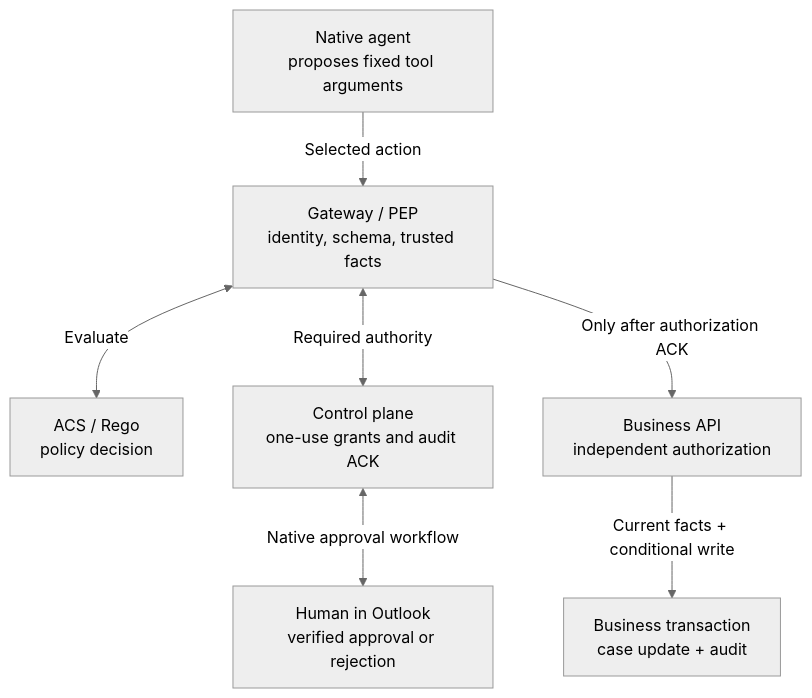
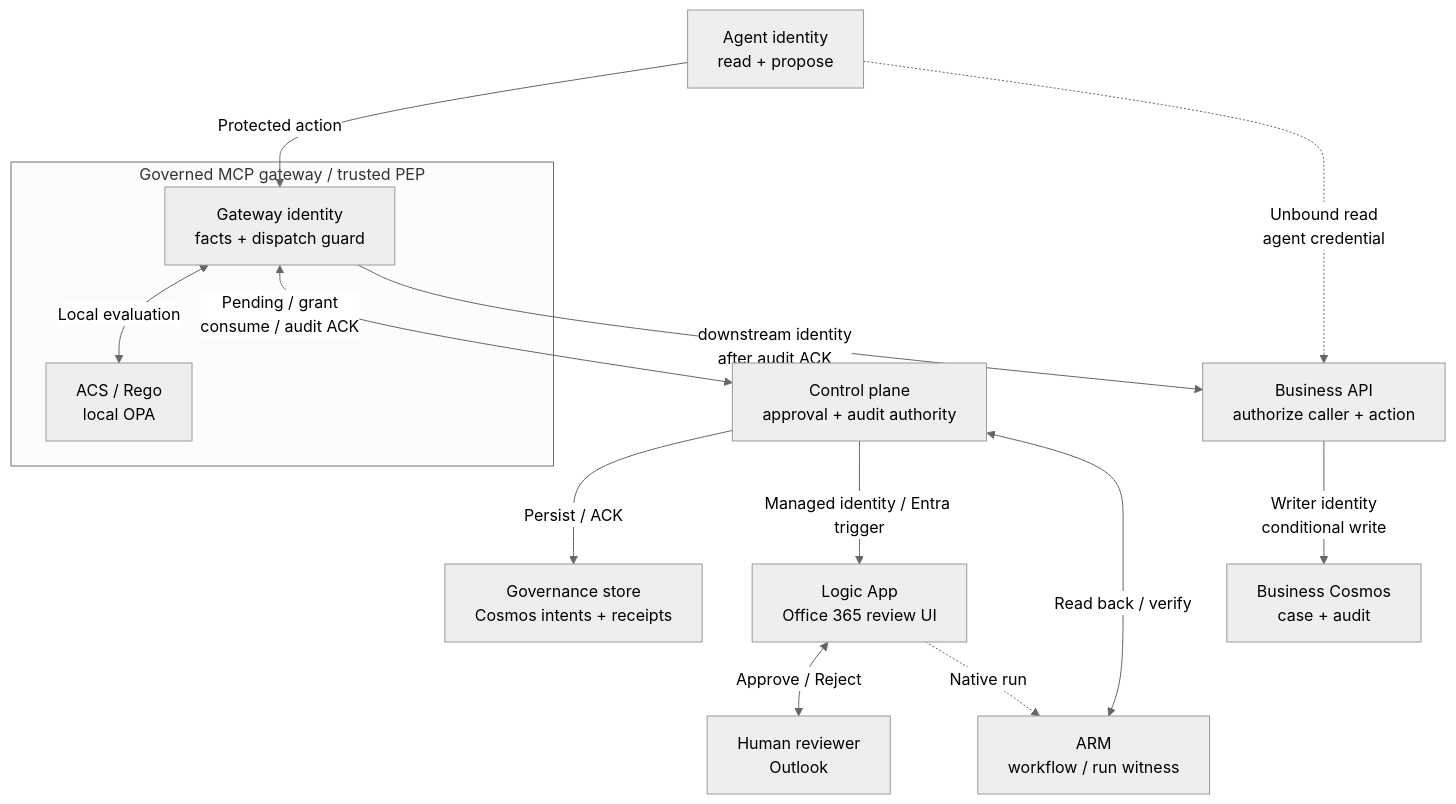
One commit to aiappsgbb/threadlight-skills changed the first of 5 diagrams in docs/agent-governance-deep-dive.md. Above: the diagram before and after it, drawn with Mermaid (neutral theme). The commit also changed other lines of this file and 37 other files, not shown here.

First line of the commit message:
docs: connect Production action governance to a guided workbook (#133)

````diff
--- a/docs/agent-governance-deep-dive.md
+++ b/docs/agent-governance-deep-dive.md
@@ -164,16 +164,26 @@
 ```mermaid
 flowchart TB
-    A["Native agent<br/>proposes fixed tool arguments"]
-    G["Gateway / PEP<br/>identity, schema, trusted facts"]
-    P["ACS / Rego<br/>policy decision"]
-    C["Control plane<br/>one-use grants and audit ACK"]
-    H["Human in Outlook<br/>verified approval or rejection"]
-    B["Business API<br/>independent authorization"]
-    D["Business transaction<br/>case update + audit"]
-    A -->|"Selected action"| G
-    G <-->|"Evaluate"| P
-    G <-->|"Required authority"| C
-    C <-->|"Native approval workflow"| H
-    G -->|"Only after authorization ACK"| B
-    B -->|"Current facts + conditional write"| D
+    A["Agent identity<br/>read + propose"]
+    subgraph Gateway["Governed MCP gateway / trusted PEP"]
+        G["Gateway identity<br/>facts + dispatch guard"]
+        P["ACS / Rego<br/>local OPA"]
+        G <-->|"Local evaluation"| P
+    end
+    C["Control plane<br/>approval + audit authority"]
+    S["Governance store<br/>Cosmos intents + receipts"]
+    L["Logic App<br/>Office 365 review UI"]
+    H["Human reviewer<br/>Outlook"]
+    R["ARM<br/>workflow / run witness"]
+    B["Business API<br/>authorize caller + action"]
+    D["Business Cosmos<br/>case + audit"]
+    A -->|"Protected action"| G
+    A -.->|"Unbound read<br/>agent credential"| B
+    G <-->|"Pending / grant<br/>consume / audit ACK"| C
+    C -->|"Persist / ACK"| S
+    C -->|"Managed identity / Entra trigger"| L
+    L <-->|"Approve / Reject"| H
+    L -.->|"Native run"| R
+    C <-->|"Read back / verify"| R
+    G -->|"downstream identity<br/>after audit ACK"| B
+    B -->|"Writer identity<br/>conditional write"| D
 ```
````
